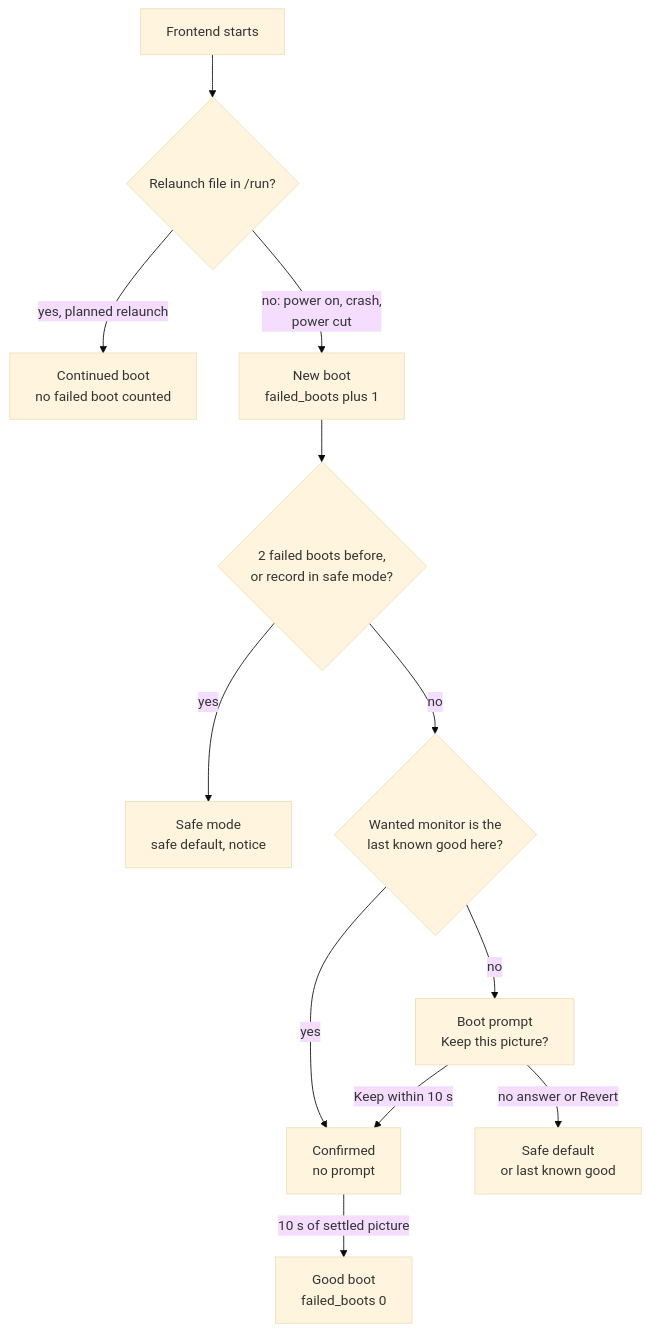
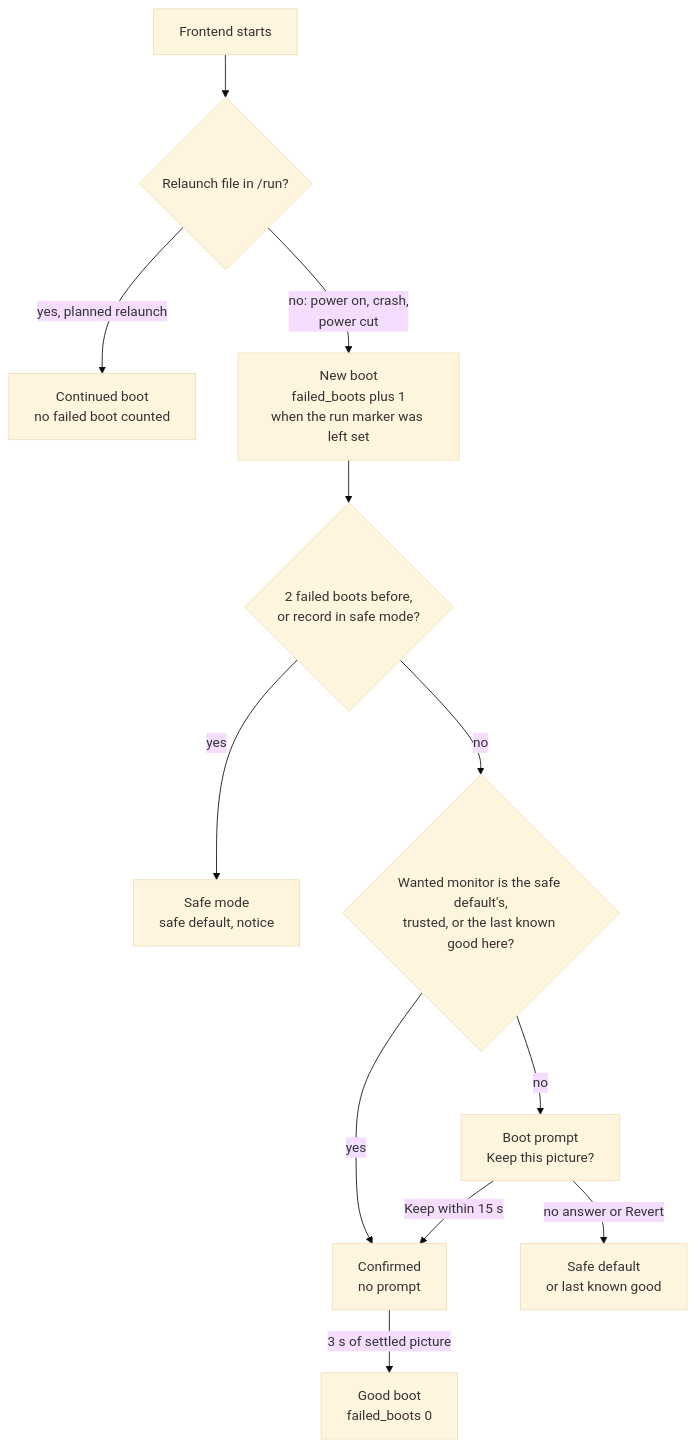
The first of 2 diagrams in docs/flows/10-what-happens-when.md (paologaleotti/neptron), drawn with Mermaid (base theme) before and after one commit. The commit also changed other lines of this file and 2 other files, not shown here.

First line of the commit message:
docs(flows): fix the guard timings and the safe default in the boot, guard and situations pages

````diff
--- a/docs/flows/10-what-happens-when.md
+++ b/docs/flows/10-what-happens-when.md
@@ -9,14 +9,14 @@
 ```mermaid
 flowchart TD
     A["Frontend starts"] --> R{"Relaunch file in /run?"}
     R -->|"yes, planned relaunch"| C["Continued boot<br/>no failed boot counted"]
-    R -->|"no: power on, crash,<br/>power cut"| B["New boot<br/>failed_boots plus 1"]
+    R -->|"no: power on, crash,<br/>power cut"| B["New boot<br/>failed_boots plus 1<br/>when the run marker was left set"]
     B --> F{"2 failed boots before,<br/>or record in safe mode?"}
     F -->|"yes"| S["Safe mode<br/>safe default, notice"]
-    F -->|"no"| L{"Wanted monitor is the<br/>last known good here?"}
+    F -->|"no"| L{"Wanted monitor is the safe default's,<br/>trusted, or the last known good here?"}
     L -->|"yes"| OK["Confirmed<br/>no prompt"]
     L -->|"no"| P["Boot prompt<br/>Keep this picture?"]
-    P -->|"Keep within 10 s"| OK
+    P -->|"Keep within 15 s"| OK
     P -->|"no answer or Revert"| SD["Safe default<br/>or last known good"]
-    OK -->|"10 s of settled picture"| G["Good boot<br/>failed_boots 0"]
+    OK -->|"3 s of settled picture"| G["Good boot<br/>failed_boots 0"]
 ```
````
